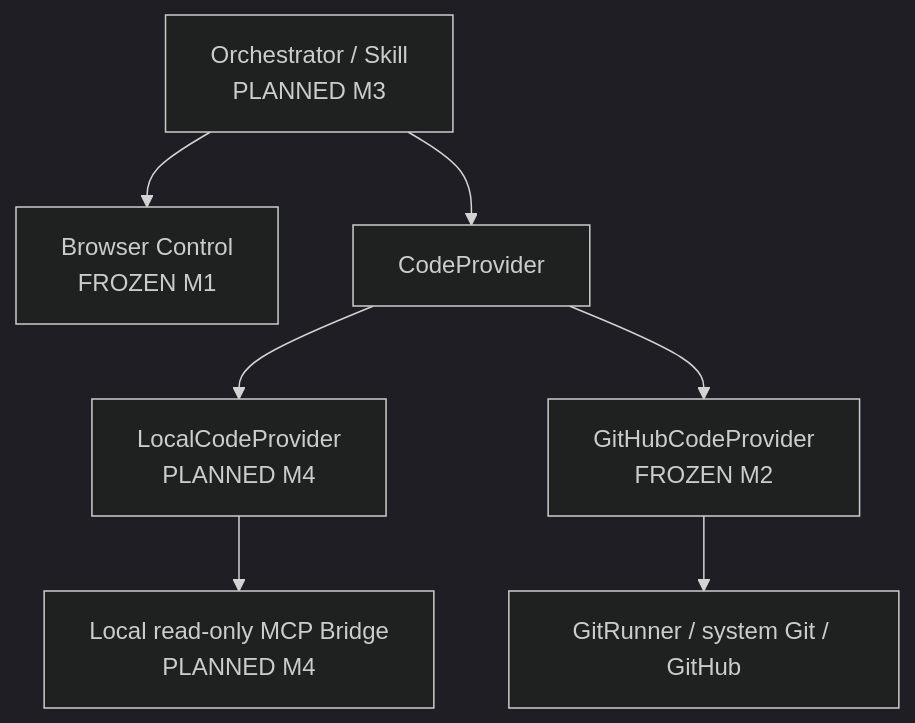
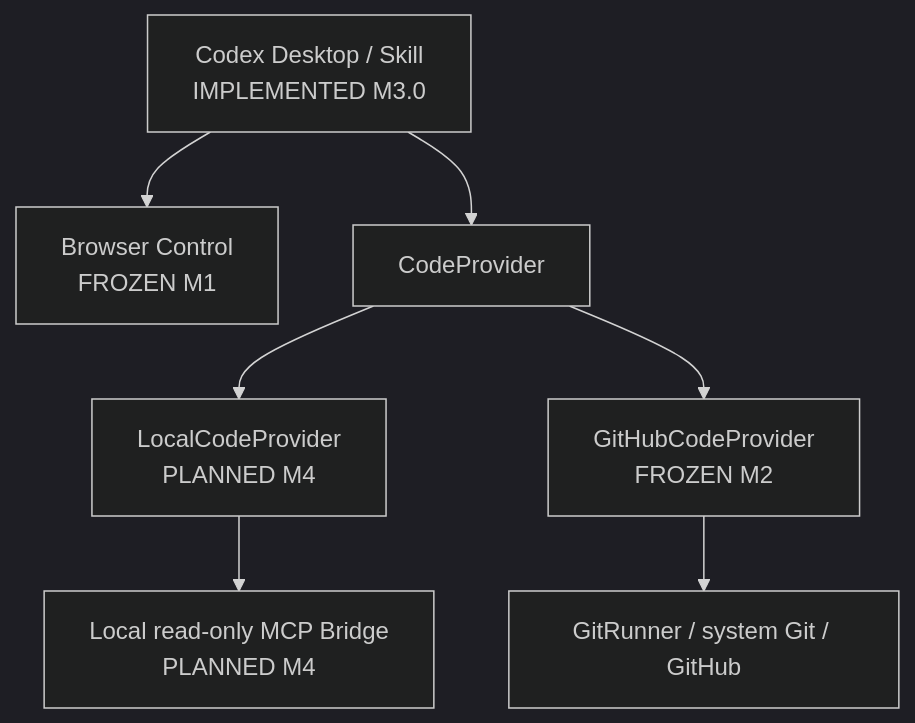
Before and after one commit to Jickfu/codex-duet: the third of 3 diagrams in docs/architecture.md, drawn with Mermaid (dark theme). The commit also changed other lines of this file and 14 other files, not shown here.

````diff
--- a/docs/architecture.md
+++ b/docs/architecture.md
@@ -53,10 +53,10 @@
 ```mermaid
 flowchart TB
-    O[Orchestrator / Skill<br/>PLANNED M3]
+    O[Codex Desktop / Skill<br/>IMPLEMENTED M3.0]
     O --> B[Browser Control<br/>FROZEN M1]
     O --> C[CodeProvider]
     C --> L[LocalCodeProvider<br/>PLANNED M4]
     C --> G[GitHubCodeProvider<br/>FROZEN M2]
     L --> M[Local read-only MCP Bridge<br/>PLANNED M4]
     G --> Git[GitRunner / system Git / GitHub]
 ```
````
